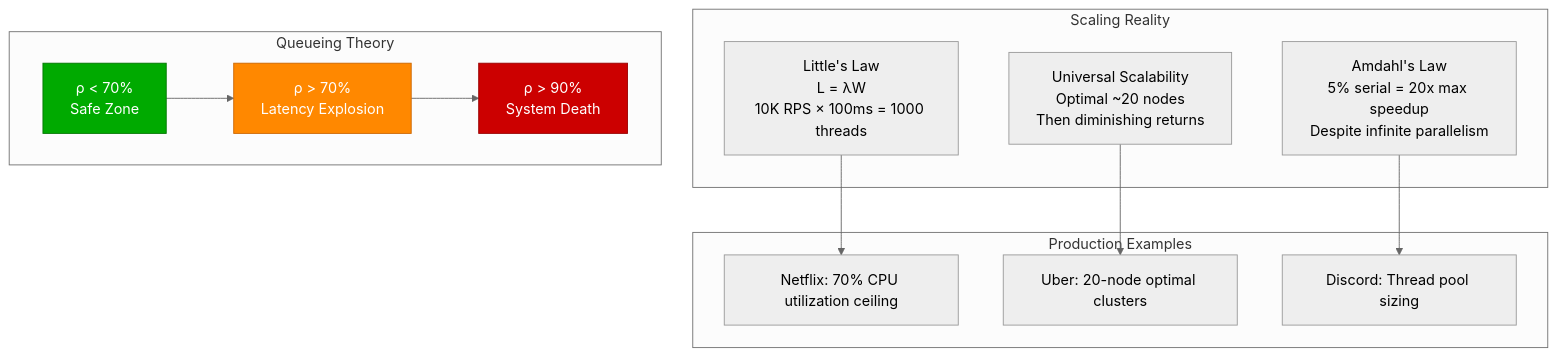
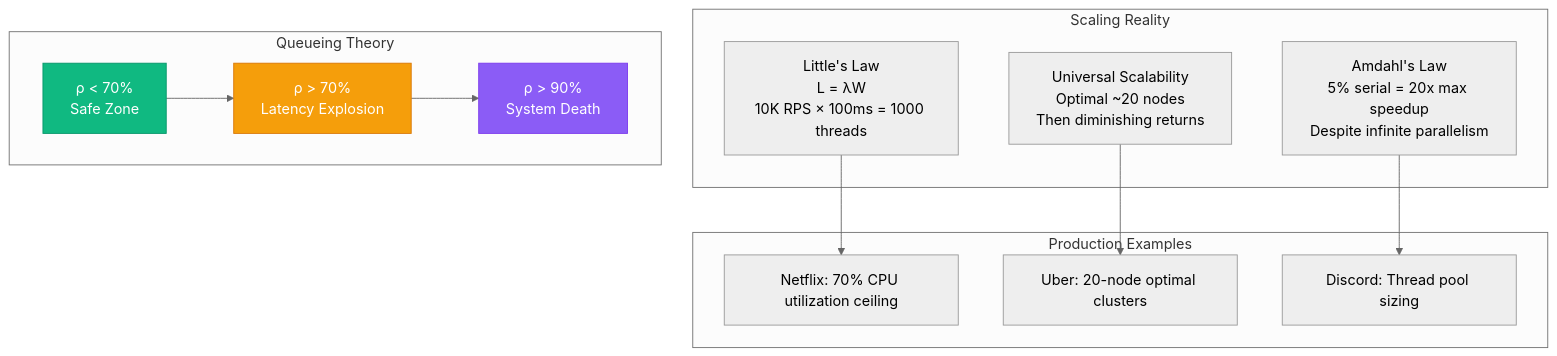
One commit to deepaucksharma/DS changed the second of 3 diagrams in site/docs/foundation/universal-laws.md. Above: the diagram before and after it, drawn with Mermaid (neutral theme). The commit also changed other lines of this file and 303 other files, not shown here.

````diff
--- a/site/docs/foundation/universal-laws.md
+++ b/site/docs/foundation/universal-laws.md
@@ -44,36 +44,36 @@
 ```mermaid
 graph TB
     subgraph Scaling["Scaling Reality"]
         Little["Little's Law<br/>L = λW<br/>10K RPS × 100ms = 1000 threads"]
         Universal["Universal Scalability<br/>Optimal ~20 nodes<br/>Then diminishing returns"]
         Amdahl["Amdahl's Law<br/>5% serial = 20x max speedup<br/>Despite infinite parallelism"]
     end
 
     subgraph Queuing["Queueing Theory"]
         Safe["ρ < 70%<br/>Safe Zone"]
         Danger["ρ > 70%<br/>Latency Explosion"]
         Death["ρ > 90%<br/>System Death"]
 
         Safe --> Danger
         Danger --> Death
     end
 
     subgraph Examples["Production Examples"]
         Netflix["Netflix: 70% CPU utilization ceiling"]
         Uber["Uber: 20-node optimal clusters"]
         Discord["Discord: Thread pool sizing"]
     end
 
     Little --> Netflix
     Universal --> Uber
     Amdahl --> Discord
 
     %% Apply colors
-    classDef safeStyle fill:#00AA00,stroke:#007700,color:#fff
-    classDef warningStyle fill:#FF8800,stroke:#CC6600,color:#fff
-    classDef dangerStyle fill:#CC0000,stroke:#990000,color:#fff
+    classDef safeStyle fill:#10B981,stroke:#059669,color:#fff
+    classDef warningStyle fill:#F59E0B,stroke:#D97706,color:#fff
+    classDef dangerStyle fill:#8B5CF6,stroke:#7C3AED,color:#fff
 
     class Safe safeStyle
     class Danger warningStyle
     class Death dangerStyle
 ```
````
